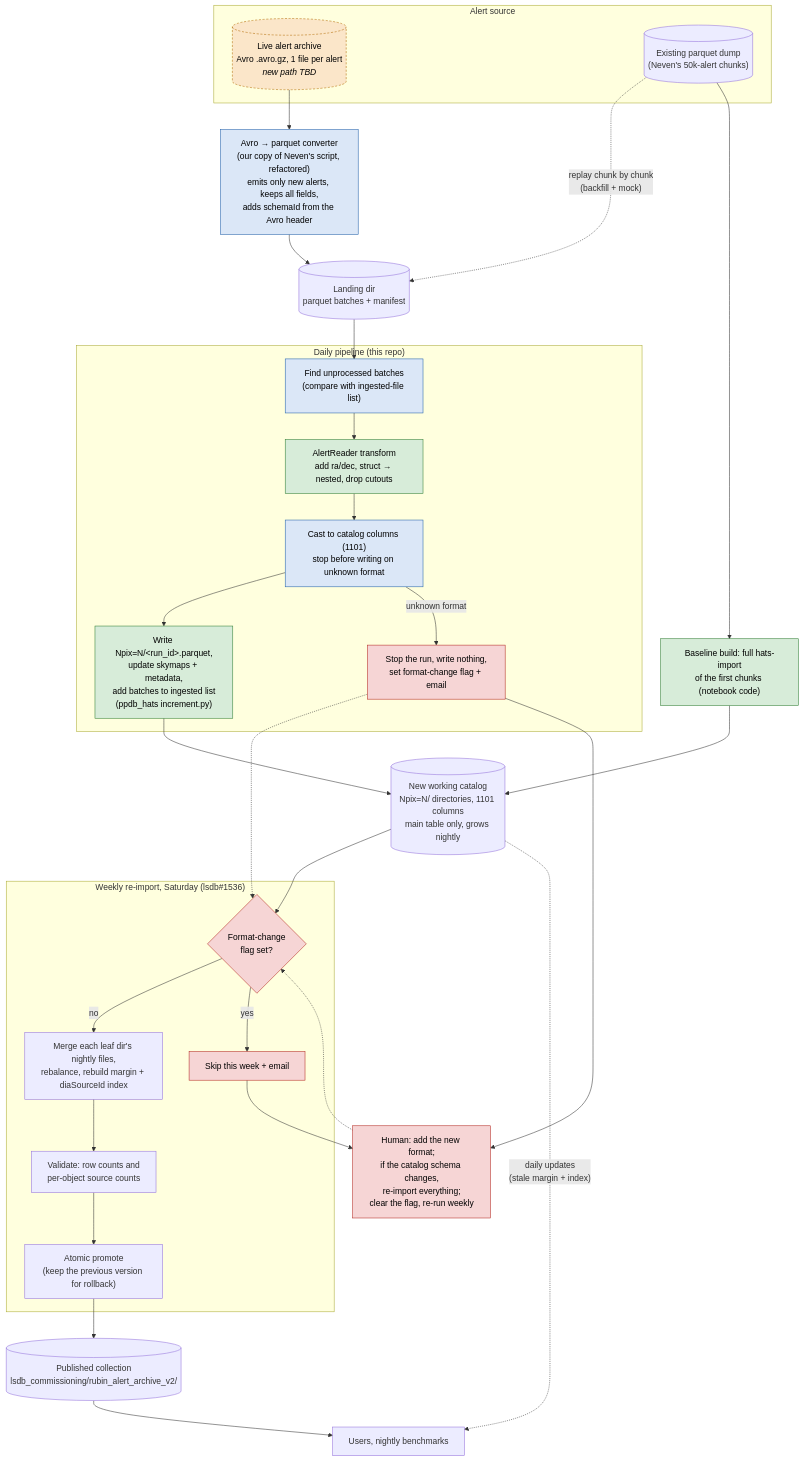
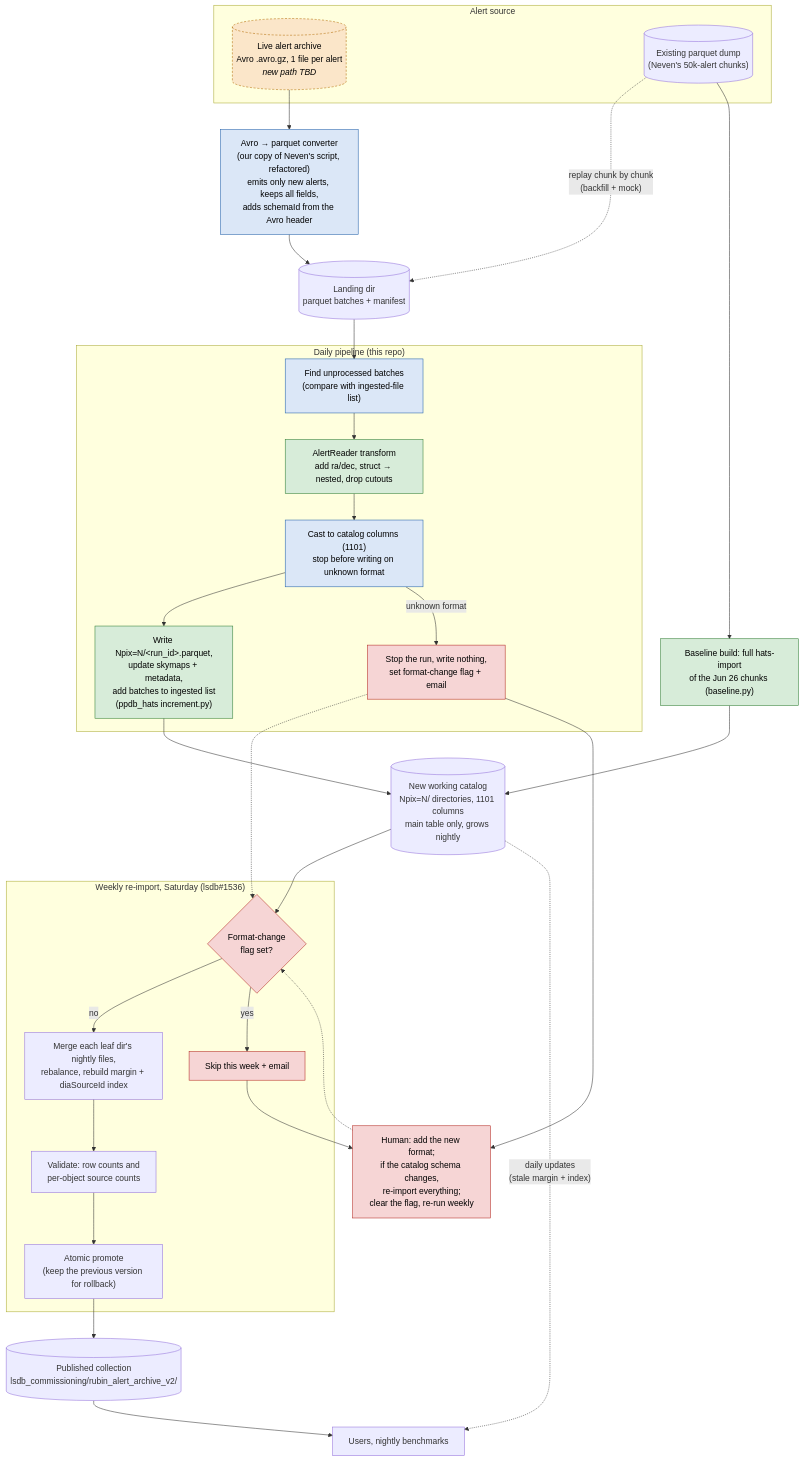
One commit to lincc-frameworks/alert-archive changed the diagram in docs/design/incremental_data_flow.md. Above: the diagram before and after it, drawn with Mermaid. The commit also changed other lines of this file and 11 other files, not shown here.

First line of the commit message:
Run baseline import (pq dump → the HATS catalog, that will then be incremented with new daily alerts) (#27)

````diff
--- a/docs/design/incremental_data_flow.md
+++ b/docs/design/incremental_data_flow.md
@@ -7,67 +7,67 @@
 ```mermaid
 flowchart TD
     %% ---------- sources ----------
     subgraph SRC["Alert source"]
         LIVE[("Live alert archive<br/>Avro .avro.gz, 1 file per alert<br/><i>new path TBD</i>")]
         DUMP[("Existing parquet dump<br/>(Neven's 50k-alert chunks)")]
     end
 
     %% ---------- black box ----------
     BB["Avro → parquet converter<br/>(our copy of Neven's script, refactored)<br/>emits only new alerts, keeps all fields,<br/>adds schemaId from the Avro header"]
     LAND[("Landing dir<br/>parquet batches + manifest")]
 
     LIVE --> BB --> LAND
     DUMP -.->|"replay chunk by chunk<br/>(backfill + mock)"| LAND
 
     %% ---------- bootstrap ----------
-    BASE["Baseline build: full hats-import<br/>of the first chunks (notebook code)"]
+    BASE["Baseline build: full hats-import<br/>of the Jun 26 chunks (baseline.py)"]
     DUMP --> BASE
     WORK[("New working catalog<br/>Npix=N/ directories, 1101 columns<br/>main table only, grows nightly")]
     BASE --> WORK
 
     %% ---------- daily ----------
     subgraph DAILY["Daily pipeline (this repo)"]
         D1["Find unprocessed batches<br/>(compare with ingested-file list)"]
         D2["AlertReader transform<br/>add ra/dec, struct → nested, drop cutouts"]
         D3["Cast to catalog columns (1101)<br/>stop before writing on unknown format"]
         D4["Write Npix=N/&lt;run_id&gt;.parquet,<br/>update skymaps + metadata,<br/>add batches to ingested list<br/>(ppdb_hats increment.py)"]
         D1 --> D2 --> D3 --> D4
         D3 -->|"unknown format"| FLAG["Stop the run, write nothing,<br/>set format-change flag + email"]
     end
 
     LAND --> D1
     D4 --> WORK
 
     %% ---------- weekly (lsdb#1536) ----------
     subgraph WEEKLY["Weekly re-import, Saturday (lsdb#1536)"]
         W0{"Format-change<br/>flag set?"}
         W1["Merge each leaf dir's nightly files,<br/>rebalance, rebuild margin + diaSourceId index"]
         W2["Validate: row counts and<br/>per-object source counts"]
         W3["Atomic promote<br/>(keep the previous version for rollback)"]
         SKIP["Skip this week + email"]
         W0 -->|no| W1 --> W2 --> W3
         W0 -->|yes| SKIP
     end
 
     WORK --> W0
     FLAG -.-> W0
     HUMAN["Human: add the new format;<br/>if the catalog schema changes,<br/>re-import everything;<br/>clear the flag, re-run weekly"]
     FLAG --> HUMAN
     SKIP --> HUMAN
     HUMAN -.-> W0
 
     PUB[("Published collection<br/>lsdb_commissioning/rubin_alert_archive_v2/")]
     W3 --> PUB
     PUB --> USERS["Users, nightly benchmarks"]
     WORK -.->|"daily updates<br/>(stale margin + index)"| USERS
 
     %% ---------- styling ----------
     classDef reuse fill:#d7ecd9,stroke:#2e7d32,color:#000
     classDef new fill:#dbe7f7,stroke:#1f5fa8,color:#000
     classDef tbd fill:#fbe6c9,stroke:#b26a00,color:#000,stroke-dasharray:4 3
     classDef fmt fill:#f6d5d5,stroke:#b3261e,color:#000
     class BASE,D2,D4 reuse
     class D1,D3,BB new
     class FLAG,SKIP,HUMAN,W0 fmt
     class LIVE tbd
 ```
````
